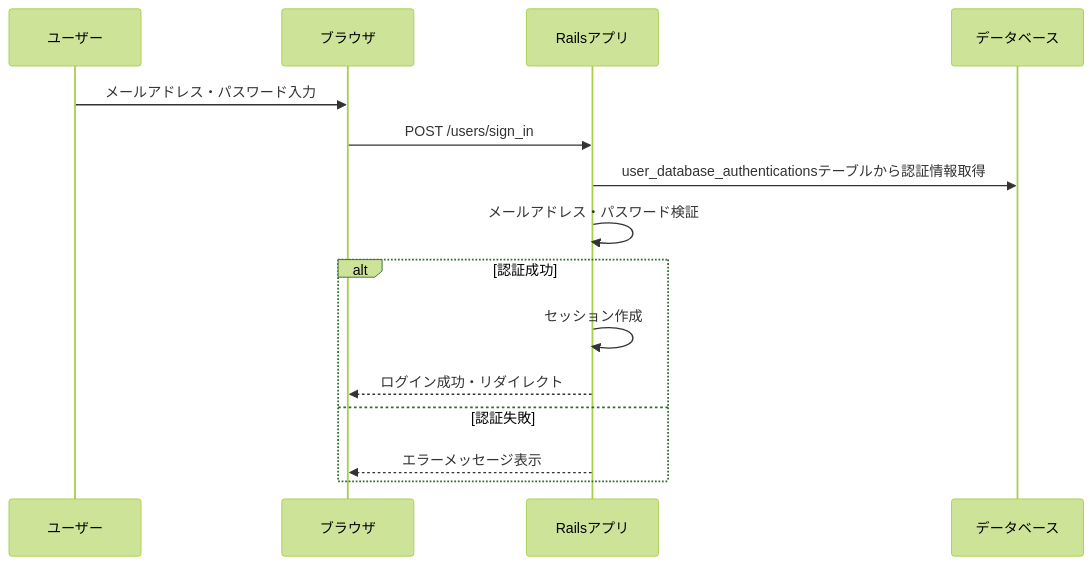
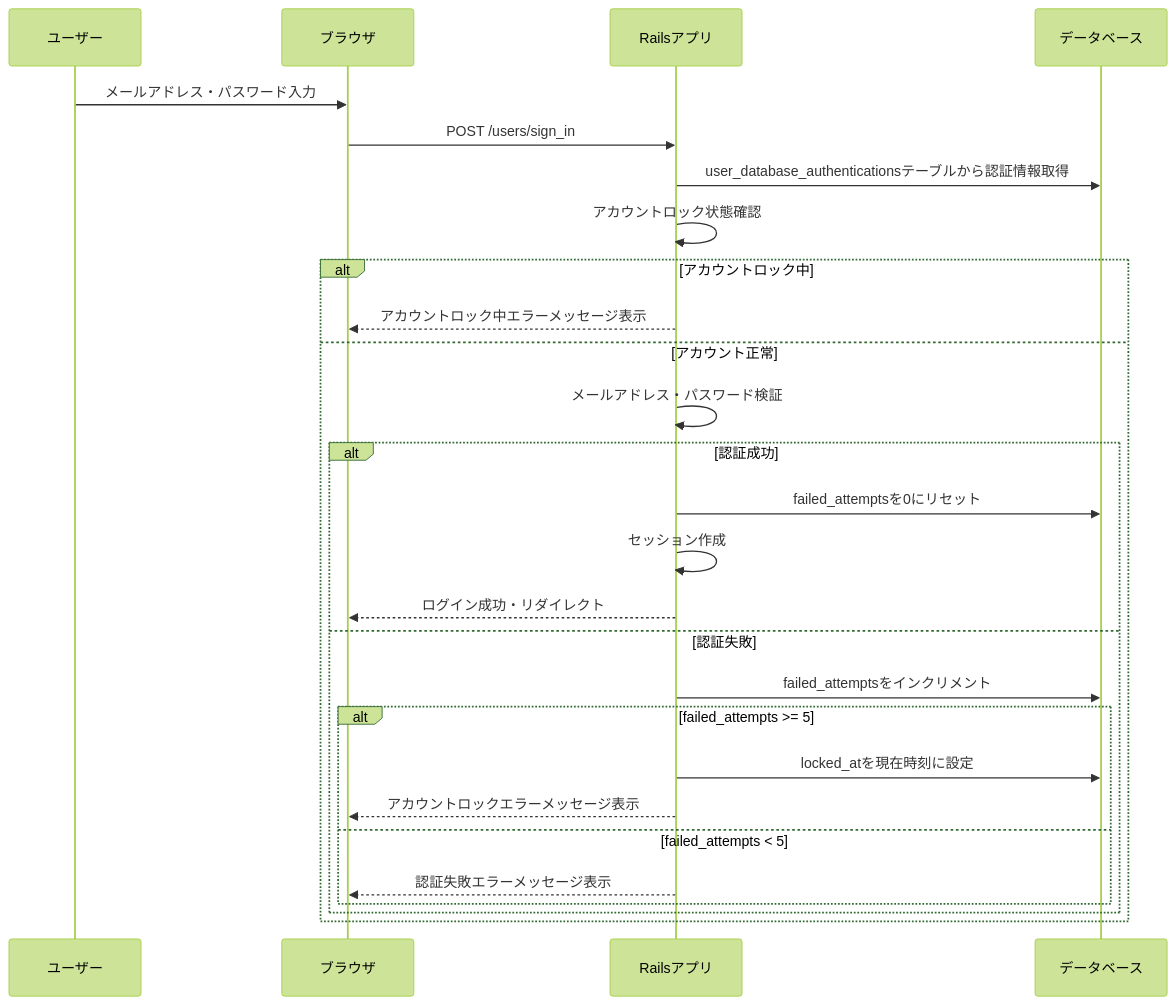
One commit to Okunichiyou/rails-blog changed the third of 3 diagrams in docs/authentications/function_mail_authentication.md. Above: the diagram before and after it, drawn with Mermaid (forest theme). The commit also changed other lines of this file, not shown here.

Commit message:
ロック機能のドキュメント説明を追加(#139)

````diff
--- a/docs/authentications/function_mail_authentication.md
+++ b/docs/authentications/function_mail_authentication.md
@@ -92,18 +94,30 @@
 ```mermaid
 sequenceDiagram
     participant User as ユーザー
     participant Browser as ブラウザ
     participant App as Railsアプリ
     participant DB as データベース
 
     User->>Browser: メールアドレス・パスワード入力
     Browser->>App: POST /users/sign_in
     App->>DB: user_database_authenticationsテーブルから認証情報取得
-    App->>App: メールアドレス・パスワード検証
-    alt 認証成功
-        App->>App: セッション作成
-        App-->>Browser: ログイン成功・リダイレクト
-    else 認証失敗
-        App-->>Browser: エラーメッセージ表示
+    App->>App: アカウントロック状態確認
+    alt アカウントロック中
+        App-->>Browser: アカウントロック中エラーメッセージ表示
+    else アカウント正常
+        App->>App: メールアドレス・パスワード検証
+        alt 認証成功
+            App->>DB: failed_attemptsを0にリセット
+            App->>App: セッション作成
+            App-->>Browser: ログイン成功・リダイレクト
+        else 認証失敗
+            App->>DB: failed_attemptsをインクリメント
+            alt failed_attempts >= 5
+                App->>DB: locked_atを現在時刻に設定
+                App-->>Browser: アカウントロックエラーメッセージ表示
+            else failed_attempts < 5
+                App-->>Browser: 認証失敗エラーメッセージ表示
+            end
+        end
     end
 ```
````
